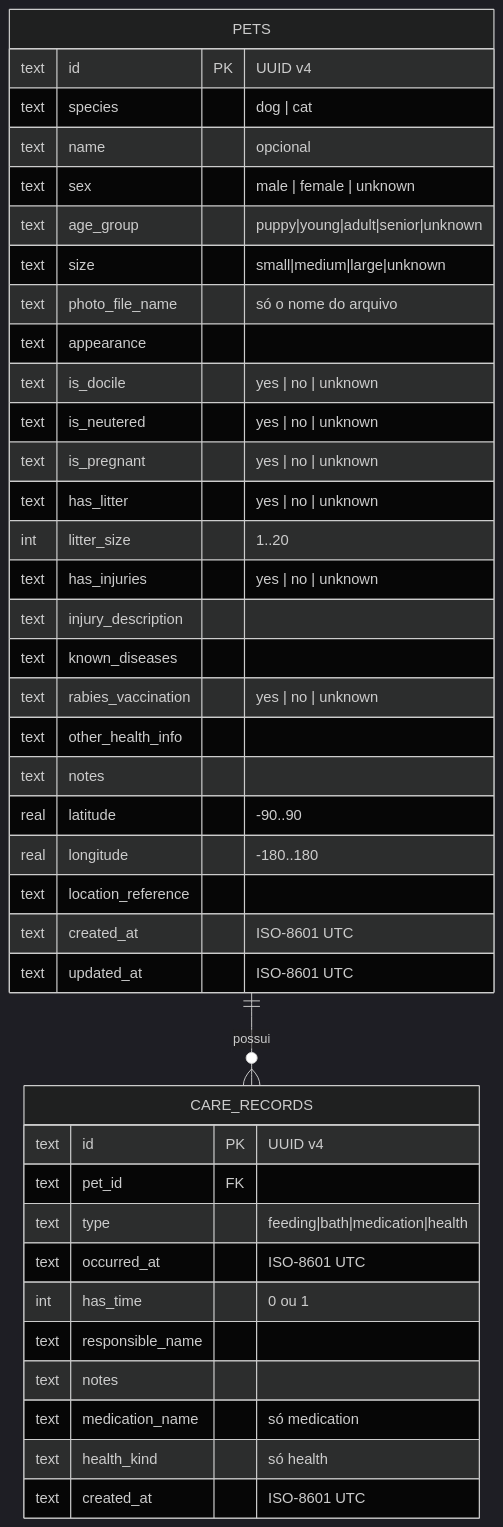
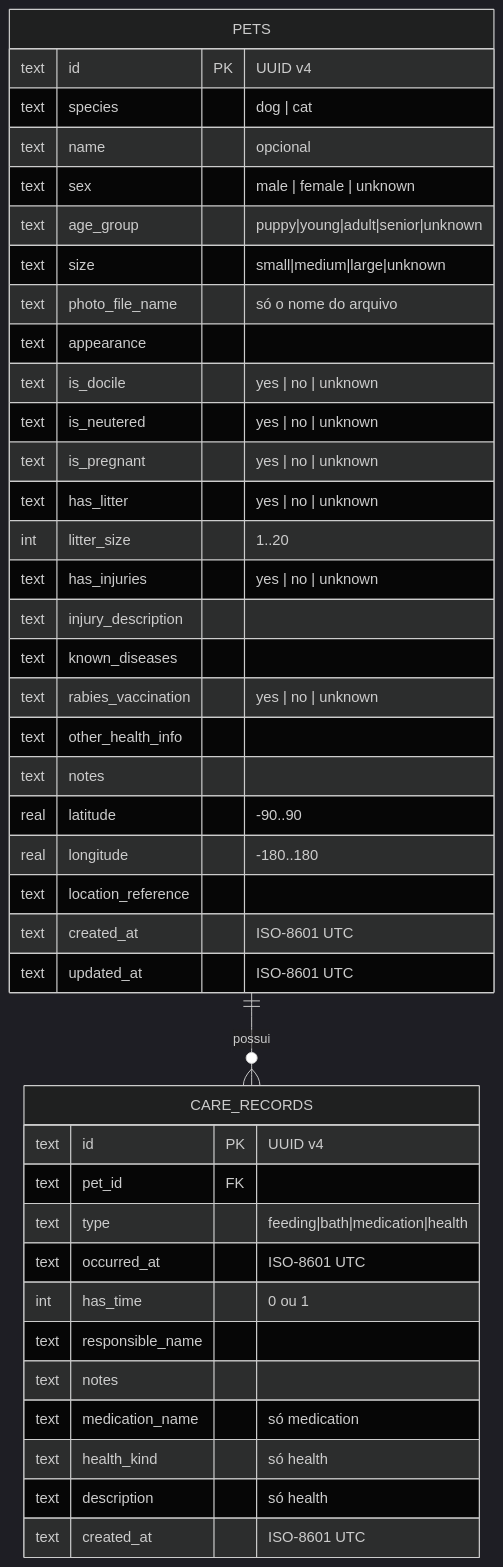
Before and after one commit to marcondessimAO/mapa-do-pet: the diagram in docs/03-banco-de-dados.md, drawn with Mermaid (dark theme). The commit also changed other lines of this file and 38 other files, not shown here.

````diff
--- a/docs/03-banco-de-dados.md
+++ b/docs/03-banco-de-dados.md
@@ -7,44 +7,45 @@
 ```mermaid
 erDiagram
   PETS ||--o{ CARE_RECORDS : "possui"
 
   PETS {
     text id PK "UUID v4"
     text species "dog | cat"
     text name "opcional"
     text sex "male | female | unknown"
     text age_group "puppy|young|adult|senior|unknown"
     text size "small|medium|large|unknown"
     text photo_file_name "só o nome do arquivo"
     text appearance
     text is_docile "yes | no | unknown"
     text is_neutered "yes | no | unknown"
     text is_pregnant "yes | no | unknown"
     text has_litter "yes | no | unknown"
     int litter_size "1..20"
     text has_injuries "yes | no | unknown"
     text injury_description
     text known_diseases
     text rabies_vaccination "yes | no | unknown"
     text other_health_info
     text notes
     real latitude "-90..90"
     real longitude "-180..180"
     text location_reference
     text created_at "ISO-8601 UTC"
     text updated_at "ISO-8601 UTC"
   }
 
   CARE_RECORDS {
     text id PK "UUID v4"
     text pet_id FK
     text type "feeding|bath|medication|health"
     text occurred_at "ISO-8601 UTC"
     int has_time "0 ou 1"
     text responsible_name
     text notes
     text medication_name "só medication"
     text health_kind "só health"
+    text description "só health"
     text created_at "ISO-8601 UTC"
   }
 ```
````
